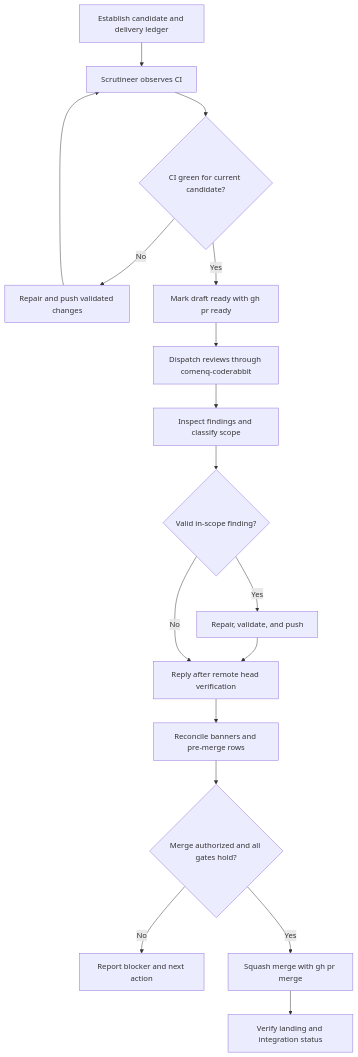
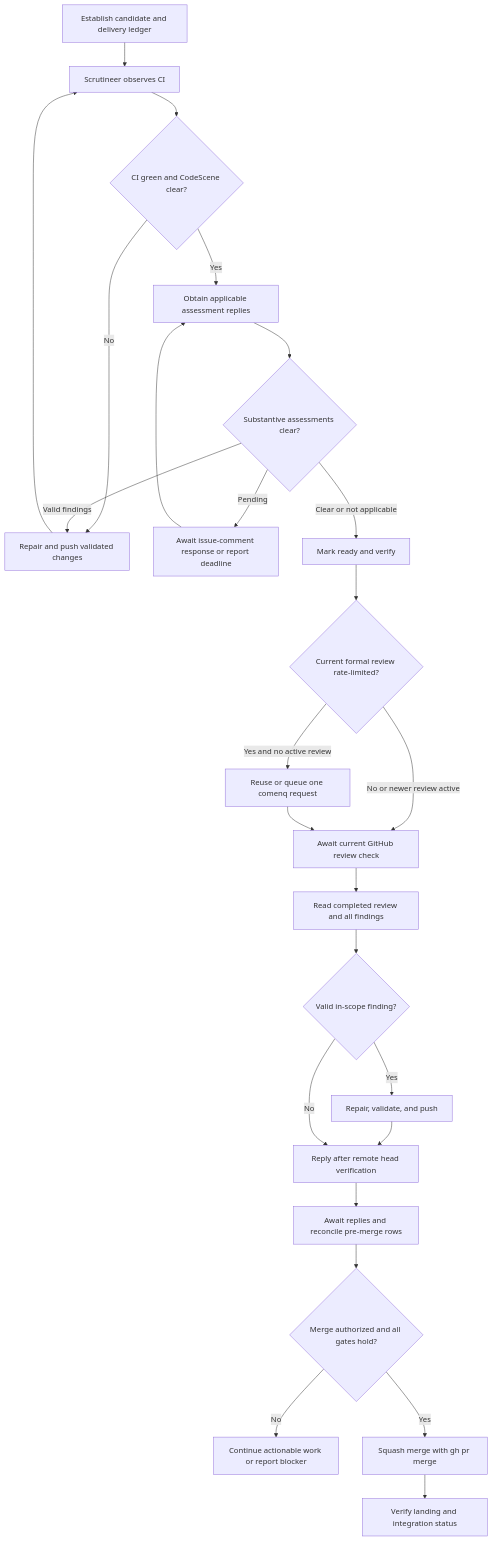
One commit to leynos/agent-helper-scripts changed the third of 4 diagrams in docs/users-guide.md. Above: the diagram before and after it, drawn with Mermaid. The commit also changed other lines of this file and 9 other files, not shown here.

First line of the commit message:
Clarify CodeRabbit assessment waits and PR readiness ordering (#204)

````diff
--- a/docs/users-guide.md
+++ b/docs/users-guide.md
@@ -653,19 +673,27 @@
 ```mermaid
 flowchart TD
     A[Establish candidate and delivery ledger] --> B[Scrutineer observes CI]
-    B --> C{CI green for current candidate?}
+    B --> C{CI green and CodeScene clear?}
     C -->|No| D[Repair and push validated changes]
     D --> B
-    C -->|Yes| E[Mark draft ready with gh pr ready]
-    E --> F[Dispatch reviews through comenq-coderabbit]
-    F --> G[Inspect findings and classify scope]
+    C -->|Yes| P[Obtain applicable assessment replies]
+    P --> Q{Substantive assessments clear?}
+    Q -->|Pending| W[Await issue-comment response or report deadline]
+    W --> P
+    Q -->|Valid findings| D
+    Q -->|Clear or not applicable| E[Mark ready and verify]
+    E --> F{Current formal review rate-limited?}
+    F -->|Yes and no active review| U[Reuse or queue one comenq request]
+    F -->|No or newer review active| V[Await current GitHub review check]
+    U --> V
+    V --> G[Read completed review and all findings]
     G --> H{Valid in-scope finding?}
     H -->|Yes| I[Repair, validate, and push]
     I --> J[Reply after remote head verification]
     H -->|No| J
-    J --> K[Reconcile banners and pre-merge rows]
+    J --> K[Await replies and reconcile pre-merge rows]
     K --> L{Merge authorized and all gates hold?}
-    L -->|No| M[Report blocker and next action]
+    L -->|No| M[Continue actionable work or report blocker]
     L -->|Yes| N[Squash merge with gh pr merge]
     N --> O[Verify landing and integration status]
 ```
````
